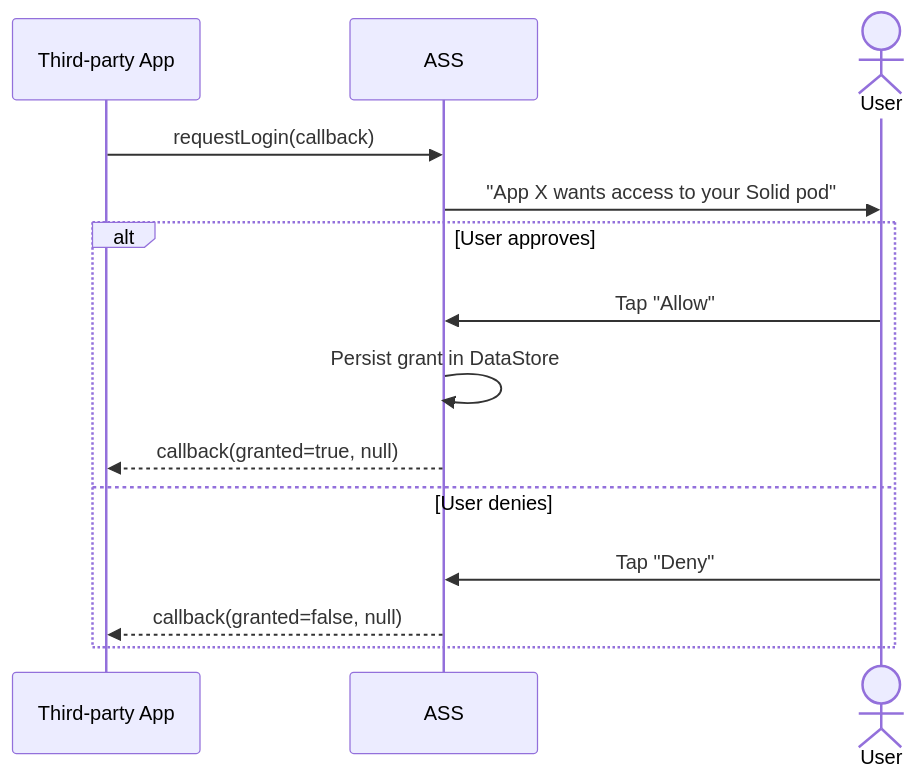
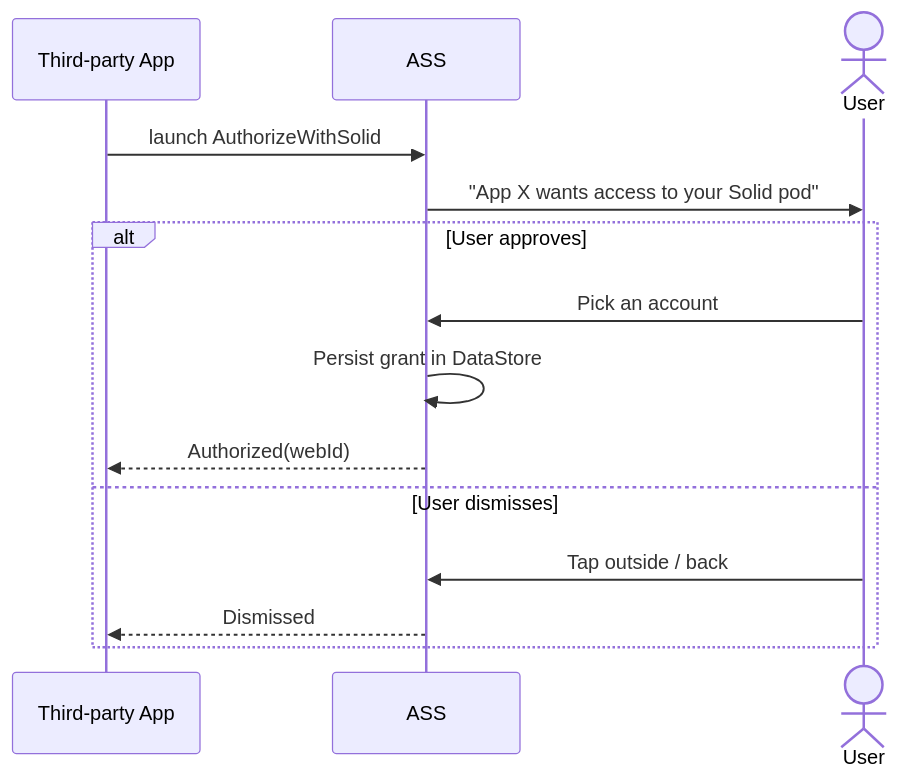
Before and after one commit to erfangholami/Android-Solid-Services: the sixth of 7 diagrams in docs/concepts.md, drawn with Mermaid. The commit also changed other lines of this file and 4 other files, not shown here.

Commit message:
Document the permission removals and stop teaching requestLogin

````diff
--- a/docs/concepts.md
+++ b/docs/concepts.md
@@ -176,17 +176,17 @@
 ```mermaid
 sequenceDiagram
     participant App as Third-party App
     participant ASS
     actor User
 
-    App->>ASS: requestLogin(callback)
+    App->>ASS: launch AuthorizeWithSolid
     ASS->>User: "App X wants access to your Solid pod"
     alt User approves
-        User->>ASS: Tap "Allow"
+        User->>ASS: Pick an account
         ASS->>ASS: Persist grant in DataStore
-        ASS-->>App: callback(granted=true, null)
-    else User denies
-        User->>ASS: Tap "Deny"
-        ASS-->>App: callback(granted=false, null)
+        ASS-->>App: Authorized(webId)
+    else User dismisses
+        User->>ASS: Tap outside / back
+        ASS-->>App: Dismissed
     end
 ```
````
